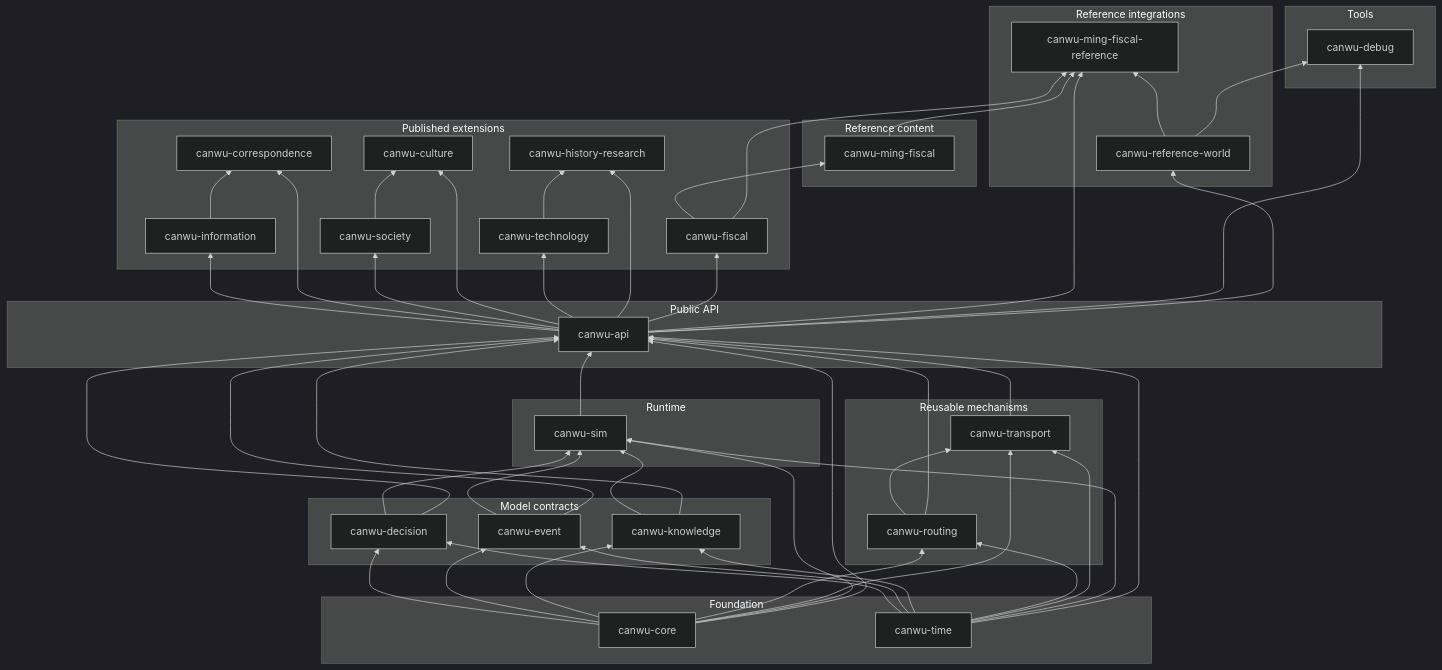
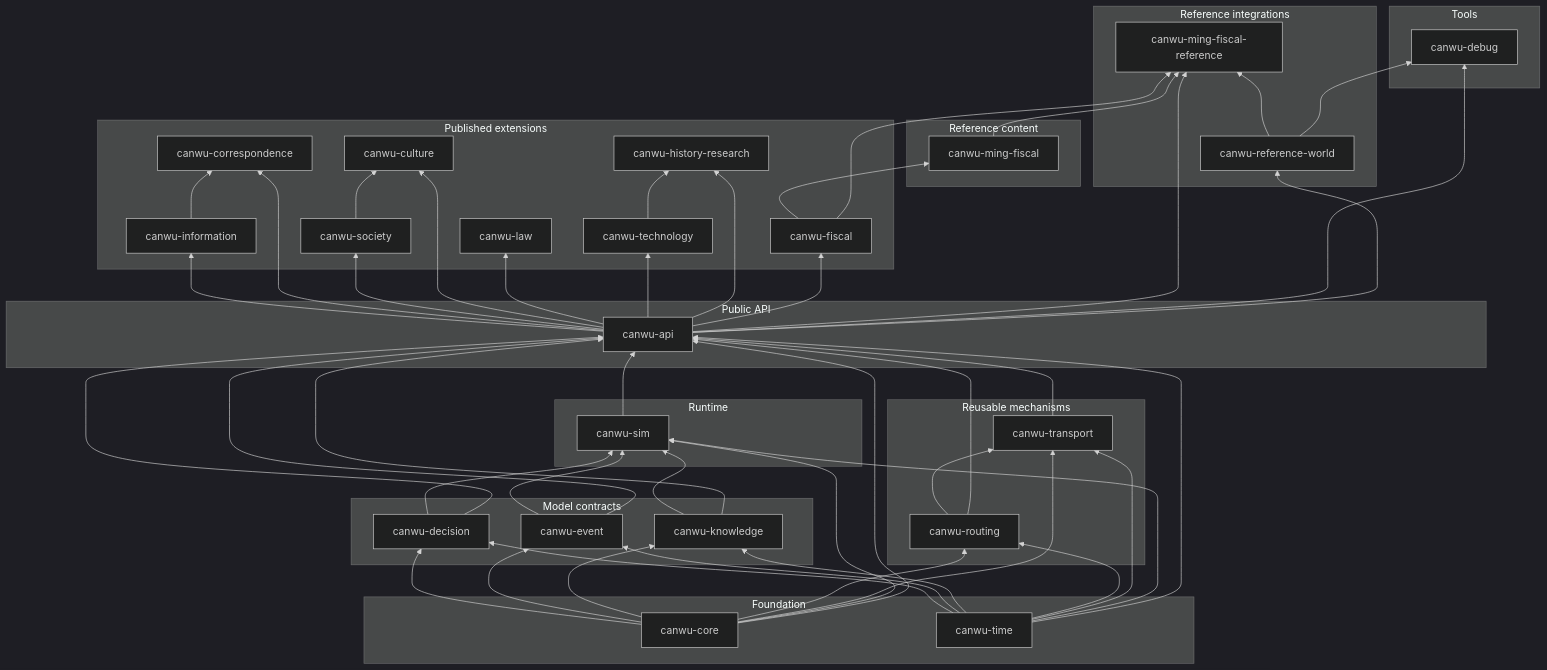
The diagram in crates/README.md (PeiyuanQi/canwu), drawn with Mermaid (dark theme) before and after one commit. The commit also changed other lines of this file and 62 other files, not shown here.

```diff
--- a/crates/README.md
+++ b/crates/README.md
@@ -30,6 +30,7 @@
     correspondence["canwu-correspondence"]
     society["canwu-society"]
     culture["canwu-culture"]
+    law["canwu-law"]
     technology["canwu-technology"]
     history["canwu-history-research"]
     fiscal["canwu-fiscal"]
@@ -52,6 +53,7 @@
         correspondence
         society
         culture
+        law
         technology
         history
         fiscal
@@ -110,6 +112,7 @@
     api --> society
     society --> culture
     api --> culture
+    api --> law
     api --> technology
     api --> history
     technology --> history
```
